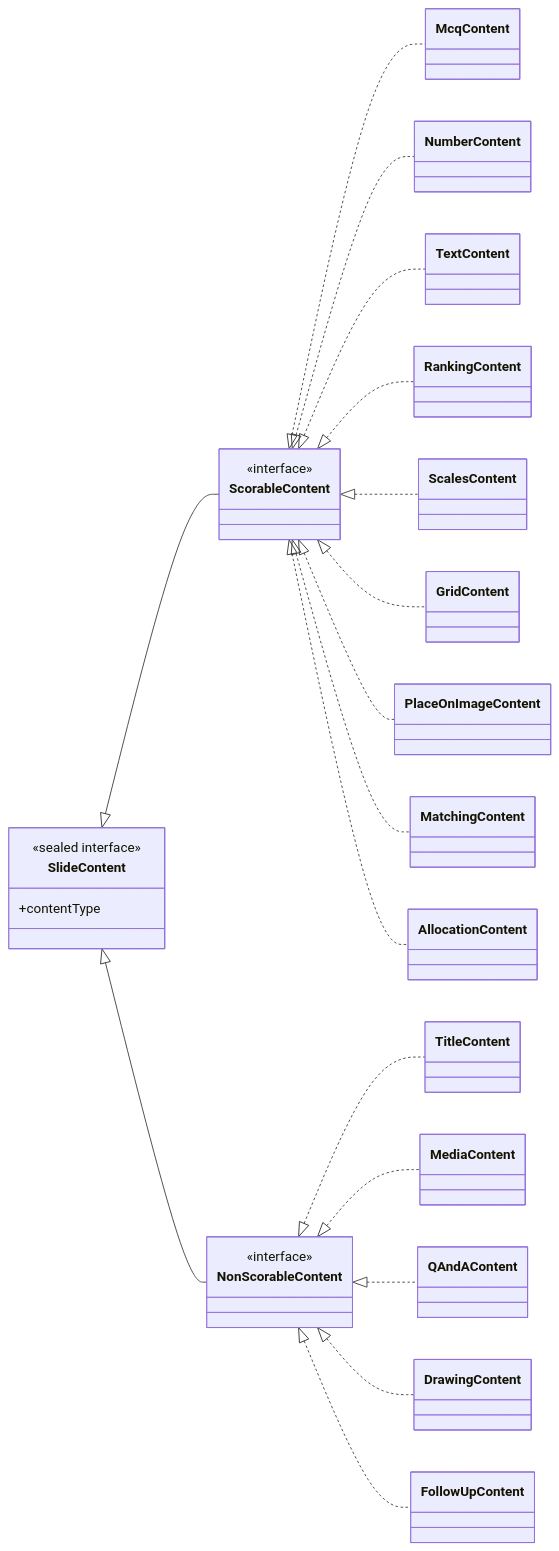
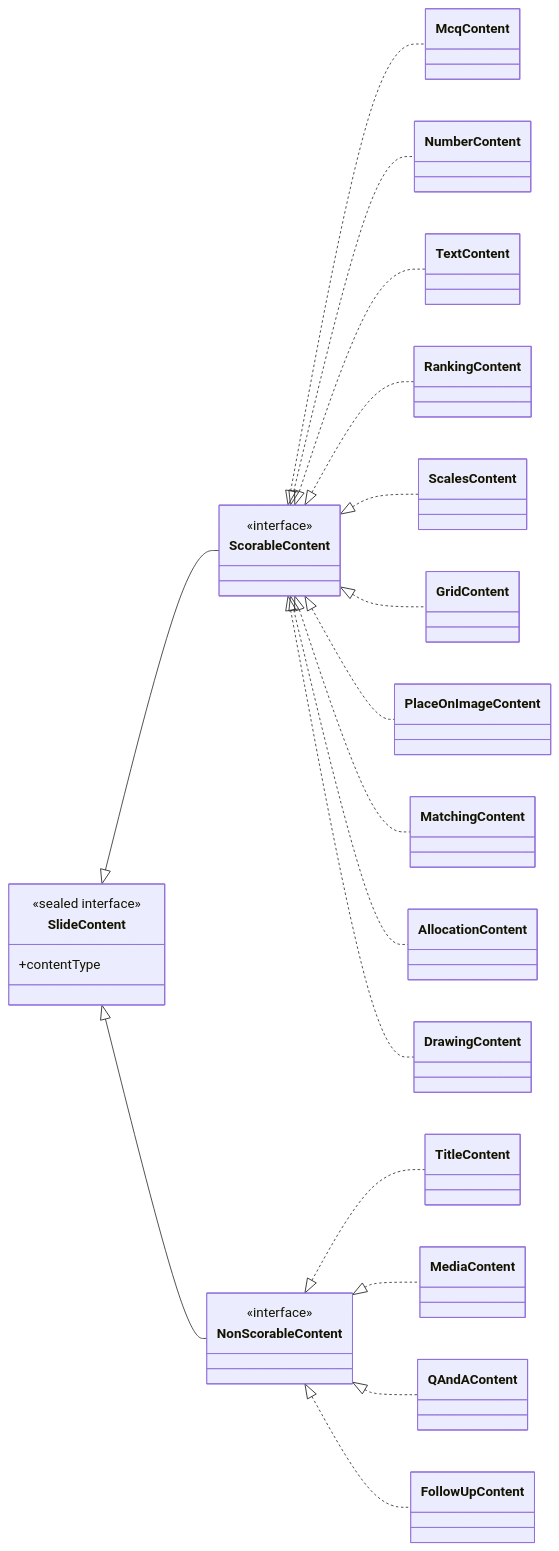
Before and after one commit to Saganaut/ambi: the fifth of 6 diagrams in z-docs/diagrams/domain-model.md, drawn with Mermaid. The commit also changed 6 other files, not shown here.

````diff
--- a/z-docs/diagrams/domain-model.md
+++ b/z-docs/diagrams/domain-model.md
@@ -235,28 +235,28 @@
 ```mermaid
 classDiagram
     direction LR
     class SlideContent {
         <<sealed interface>>
         +contentType
     }
     class ScorableContent { <<interface>> }
     class NonScorableContent { <<interface>> }
     SlideContent <|-- ScorableContent
     SlideContent <|-- NonScorableContent
 
     ScorableContent <|.. McqContent
     ScorableContent <|.. NumberContent
     ScorableContent <|.. TextContent
     ScorableContent <|.. RankingContent
     ScorableContent <|.. ScalesContent
     ScorableContent <|.. GridContent
     ScorableContent <|.. PlaceOnImageContent
     ScorableContent <|.. MatchingContent
     ScorableContent <|.. AllocationContent
+    ScorableContent <|.. DrawingContent
 
     NonScorableContent <|.. TitleContent
     NonScorableContent <|.. MediaContent
     NonScorableContent <|.. QAndAContent
-    NonScorableContent <|.. DrawingContent
     NonScorableContent <|.. FollowUpContent
 ```
````
